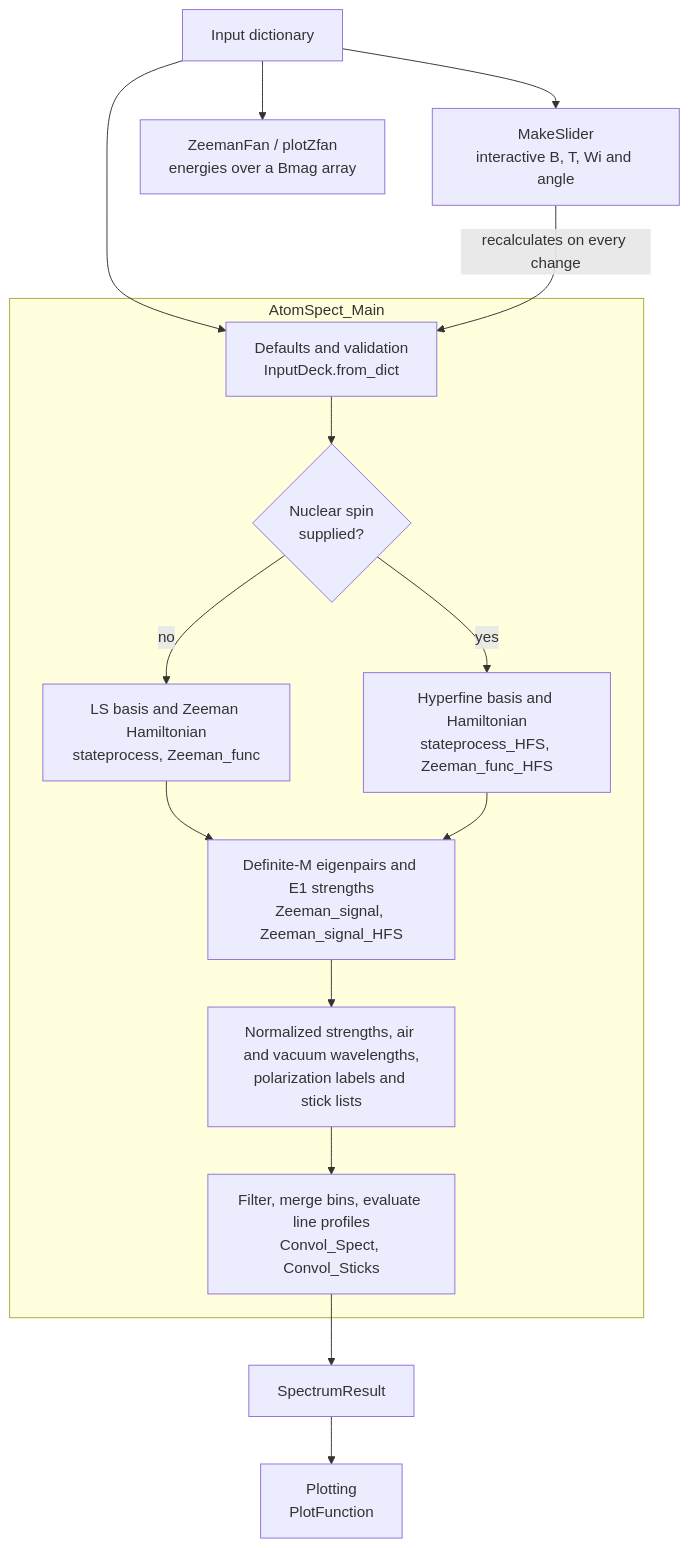
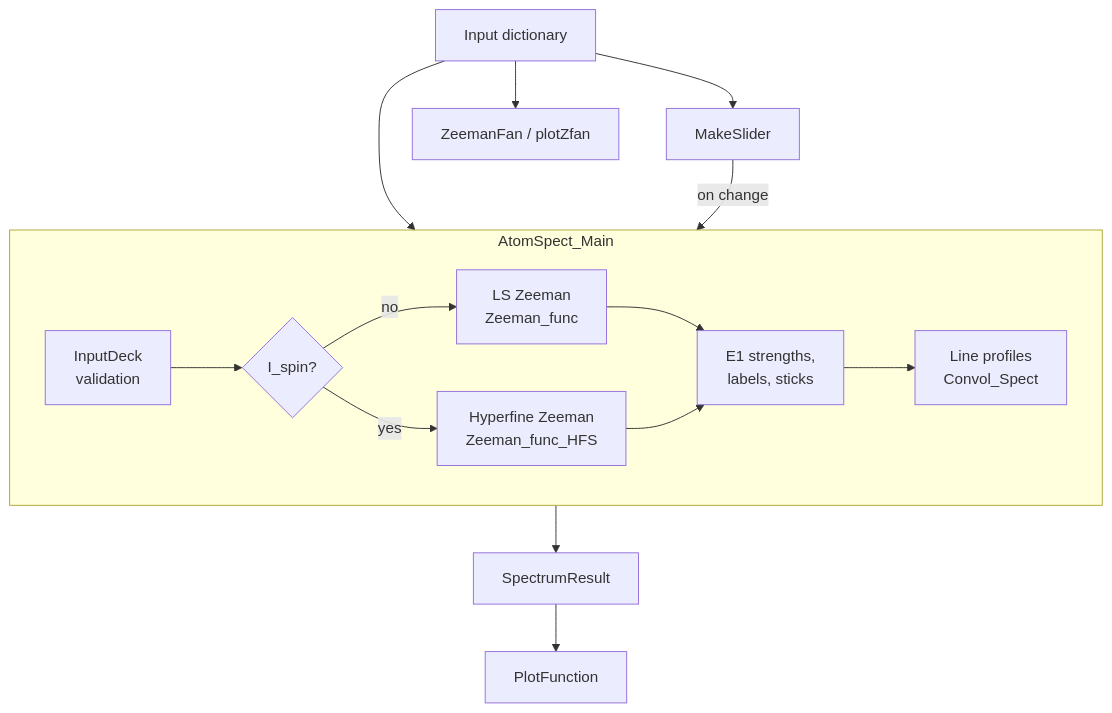
The diagram in README.md (gronchi/AtomSpect), drawn with Mermaid before and after one commit. The commit also changed 1 other file, not shown here.

Commit message:
Compact the README flowchart; update the transition-strength guide
The Mermaid workflow uses shorter labels, merges the two Hamiltonian
branches into one arrow and lays out the AtomSpect_Main steps left to right.
Include the pending edit to the revised Zeeman/Paschen-Back guide.

````diff
--- a/README.md
+++ b/README.md
@@ -13,19 +13,15 @@
 ```mermaid
 flowchart TD
+    IN["Input dictionary"] --> MAIN
+    IN --> SL["MakeSlider"] -- "on change" --> MAIN
+    IN --> FAN["ZeemanFan / plotZfan"]
     subgraph MAIN["AtomSpect_Main"]
-        V["Defaults and validation<br/>InputDeck.from_dict"] --> Q{"Nuclear spin<br/>supplied?"}
-        Q -- no --> LS["LS basis and Zeeman Hamiltonian<br/>stateprocess, Zeeman_func"]
-        Q -- yes --> HF["Hyperfine basis and Hamiltonian<br/>stateprocess_HFS, Zeeman_func_HFS"]
-        LS --> E1["Definite-M eigenpairs and E1 strengths<br/>Zeeman_signal, Zeeman_signal_HFS"]
-        HF --> E1
-        E1 --> ST["Normalized strengths, air and vacuum wavelengths,<br/>polarization labels and stick lists"]
-        ST --> CV["Filter, merge bins, evaluate line profiles<br/>Convol_Spect, Convol_Sticks"]
+        direction LR
+        V["InputDeck<br/>validation"] --> Q{"I_spin?"}
+        Q -- no --> LS["LS Zeeman<br/>Zeeman_func"]
+        Q -- yes --> HF["Hyperfine Zeeman<br/>Zeeman_func_HFS"]
+        LS & HF --> E1["E1 strengths,<br/>labels, sticks"]
+        E1 --> CV["Line profiles<br/>Convol_Spect"]
     end
-
-    IN["Input dictionary"] --> V
-    IN --> SL["MakeSlider<br/>interactive B, T, Wi and angle"]
-    IN --> FAN["ZeemanFan / plotZfan<br/>energies over a Bmag array"]
-    SL -- "recalculates on every change" --> V
-    CV --> RES["SpectrumResult"]
-    RES --> PLOT["Plotting<br/>PlotFunction"]
+    MAIN --> RES["SpectrumResult"] --> PLOT["PlotFunction"]
 ```
````
